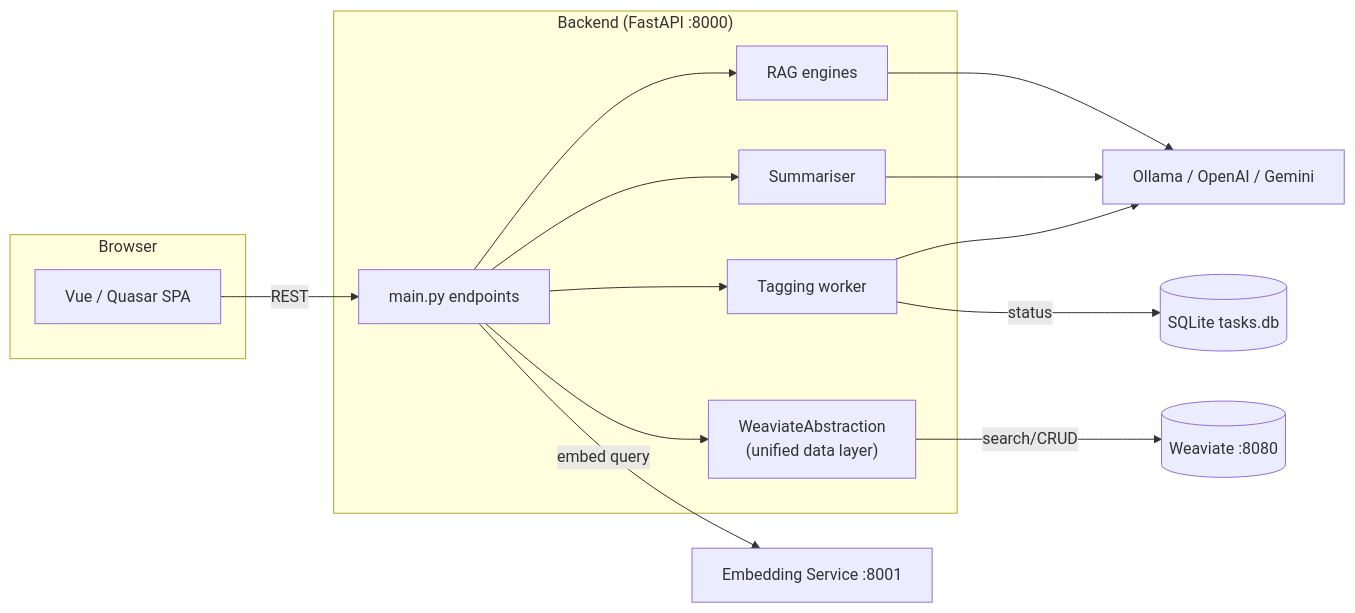
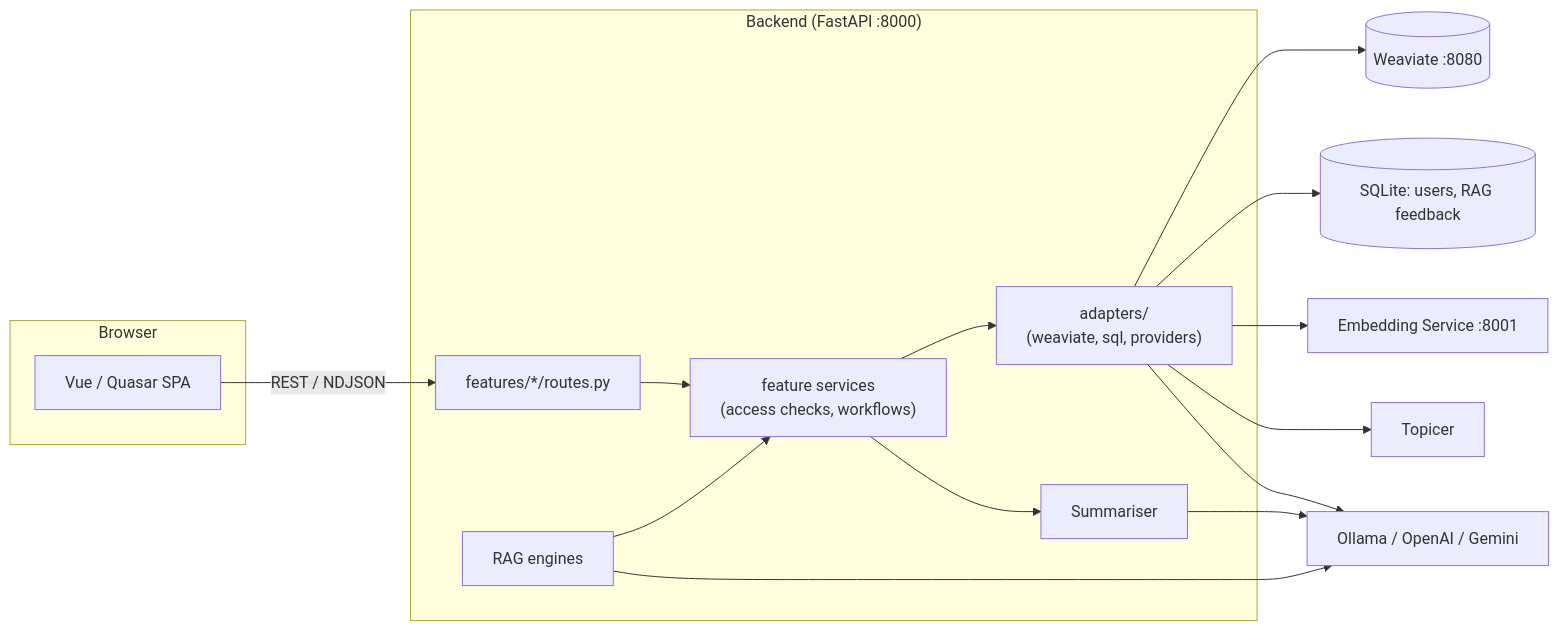
The diagram in README.md (DCGM/semant-demo), drawn with Mermaid before and after one commit. The commit also changed other lines of this file and 80 other files, not shown here.

````diff
--- a/README.md
+++ b/README.md
@@ -115,31 +109,33 @@
 ```mermaid
 flowchart LR
     subgraph Browser
         FE[Vue / Quasar SPA]
     end
 
     subgraph Backend ["Backend (FastAPI :8000)"]
-        API[main.py endpoints]
+        API["features/*/routes.py"]
+        SVC["feature services<br/>(access checks, workflows)"]
         RAG[RAG engines]
         SUM[Summariser]
-        TAG[Tagging worker]
-        WA["WeaviateAbstraction<br/>(unified data layer)"]
+        AD["adapters/<br/>(weaviate, sql, providers)"]
     end
 
     EMB[Embedding Service :8001]
     WV[(Weaviate :8080)]
-    SQL[(SQLite tasks.db)]
+    SQL[(SQLite: users, RAG feedback)]
     LLM[Ollama / OpenAI / Gemini]
+    TOP[Topicer]
 
-    FE -- REST --> API
-    API --> RAG
-    API --> SUM
-    API --> TAG
-    API -- embed query --> EMB
-    API --> WA
-    WA -- search/CRUD --> WV
-    TAG -- status --> SQL
+    FE -- REST / NDJSON --> API
+    API --> SVC
+    SVC --> AD
+    RAG --> SVC
+    SVC --> SUM
+    AD --> WV
+    AD --> SQL
+    AD --> EMB
+    AD --> TOP
+    AD --> LLM
     RAG --> LLM
     SUM --> LLM
-    TAG --> LLM
 ```
````
